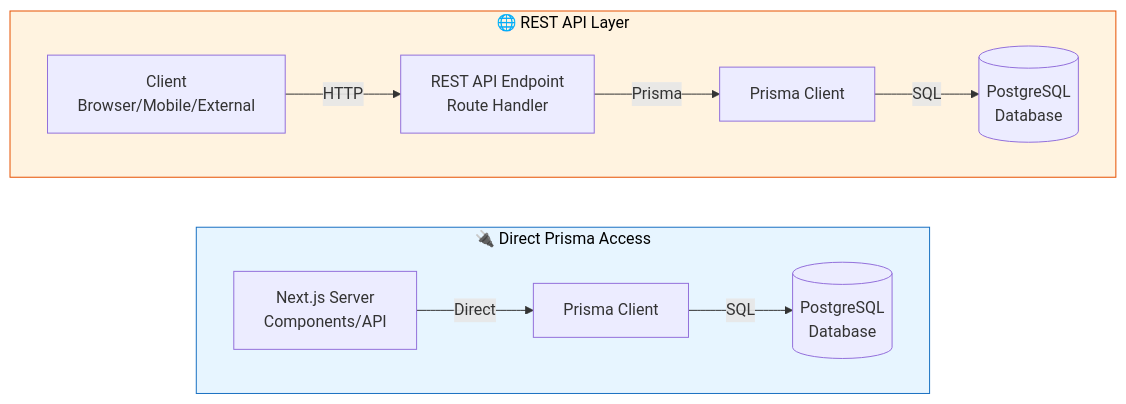
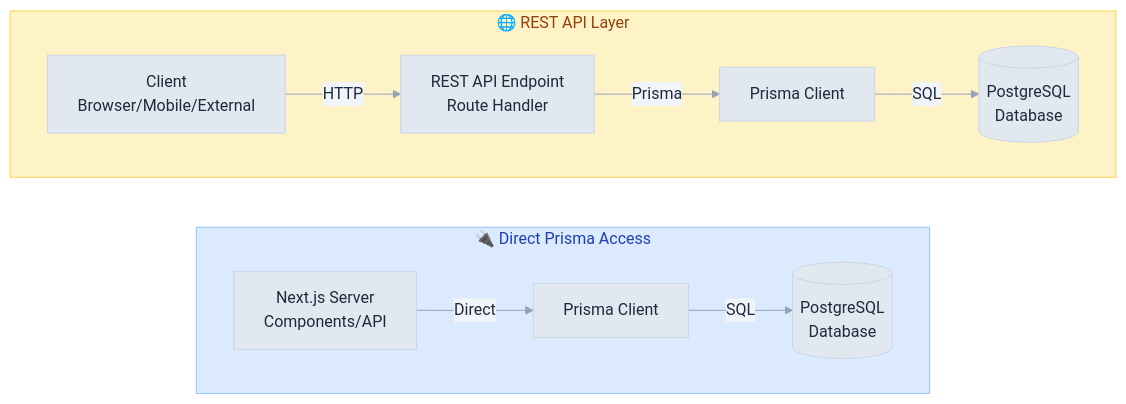
One commit to 3DHDSoft/devmultiplier-academy changed the diagram in doc/rest-api-vs-prisma-comparison.md. Above: the diagram before and after it, drawn with Mermaid. The commit also changed 19 other files, not shown here.

````diff
--- a/doc/rest-api-vs-prisma-comparison.md
+++ b/doc/rest-api-vs-prisma-comparison.md
@@ -7,27 +7,37 @@
 ```mermaid
-graph TB
+%%{init: {'theme': 'base', 'themeVariables': {
+  'primaryColor': '#e2e8f0',
+  'primaryTextColor': '#1e293b',
+  'primaryBorderColor': '#cbd5e1',
+  'lineColor': '#94a3b8',
+  'secondaryColor': '#f1f5f9',
+  'tertiaryColor': '#f8fafc',
+  'background': '#ffffff',
+  'textColor': '#334155',
+  'fontFamily': 'system-ui, -apple-system, sans-serif'
+}}}%%graph TB
     subgraph REST["🌐 REST API Layer"]
         direction LR
         Client2["Client<br/>Browser/Mobile/External"]
         API["REST API Endpoint<br/>Route Handler"]
         PrismaLib2["Prisma Client"]
         DB2[("PostgreSQL<br/>Database")]
         Client2 -->|HTTP| API
         API -->|Prisma| PrismaLib2
         PrismaLib2 -->|SQL| DB2
     end
 
     subgraph Prisma["🔌 Direct Prisma Access"]
         direction LR
         Client["Next.js Server<br/>Components/API"]
         PrismaLib["Prisma Client"]
         DB1[("PostgreSQL<br/>Database")]
         Client -->|Direct| PrismaLib
         PrismaLib -->|SQL| DB1
     end
 
     REST ~~~ Prisma
 
-    style REST fill:#fff3e0,stroke:#e65100,color:#000
-    style Prisma fill:#e7f5ff,stroke:#1971c2,color:#000
+    style REST fill:#fef3c7,stroke:#fcd34d,color:#92400e
+    style Prisma fill:#dbeafe,stroke:#93c5fd,color:#1e40af
 ```
````
